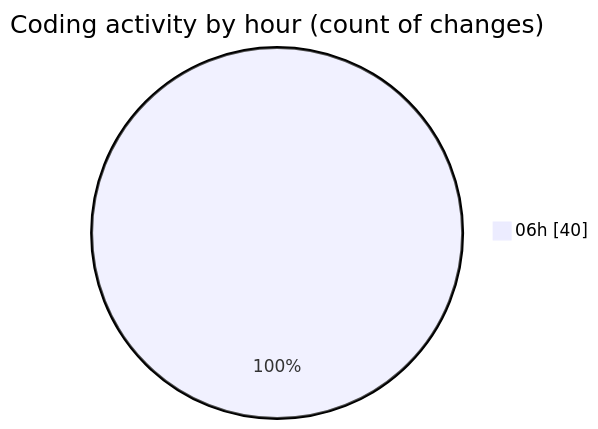
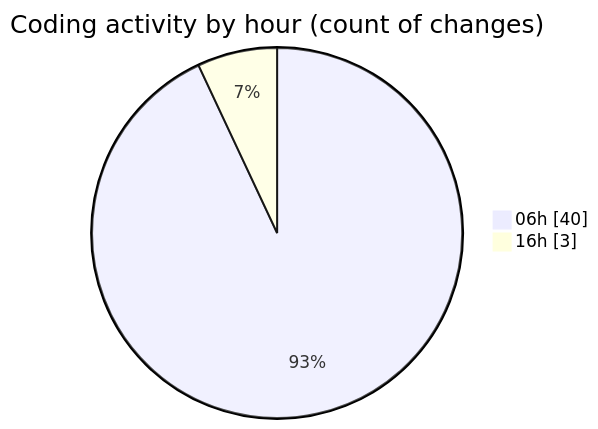
One commit to charlie-sans/code-tracking changed the second of 2 diagrams in 2025-02-25/micros/README.md. Above: the diagram before and after it, drawn with Mermaid. The commit also changed other lines of this file and 1 other file, not shown here.

````diff
--- a/2025-02-25/micros/README.md
+++ b/2025-02-25/micros/README.md
@@ -40,5 +41,6 @@
 ```mermaid
 pie showData
 title Coding activity by hour (count of changes)
 "06h" : 40
+"16h" : 3
 ```
````
